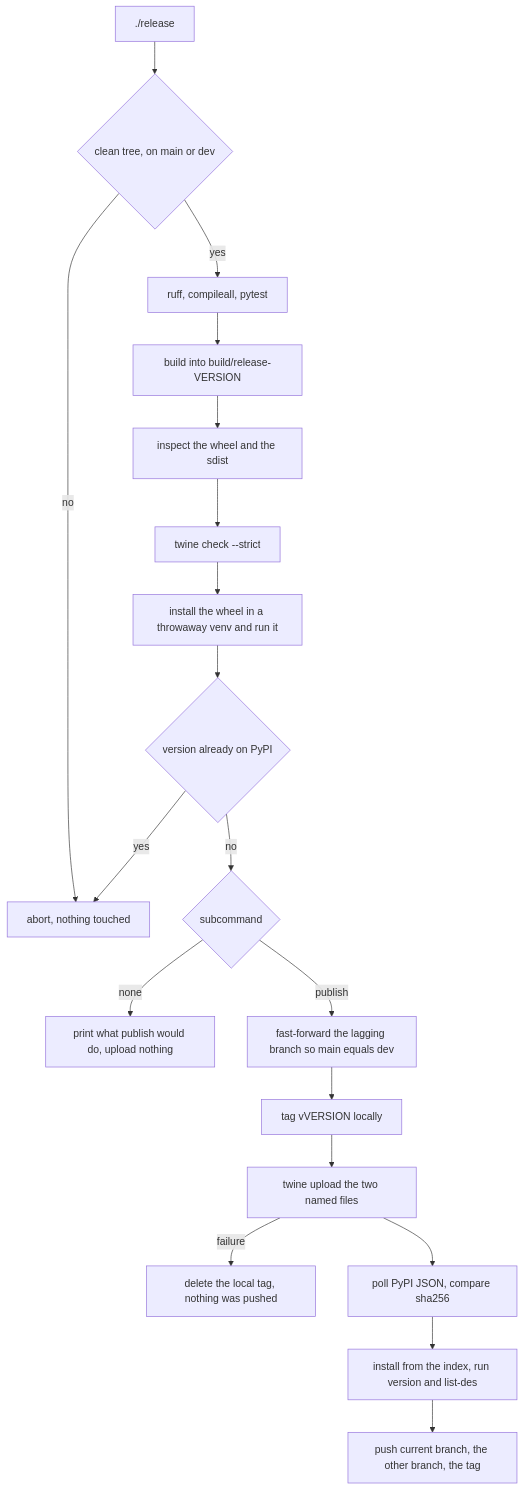
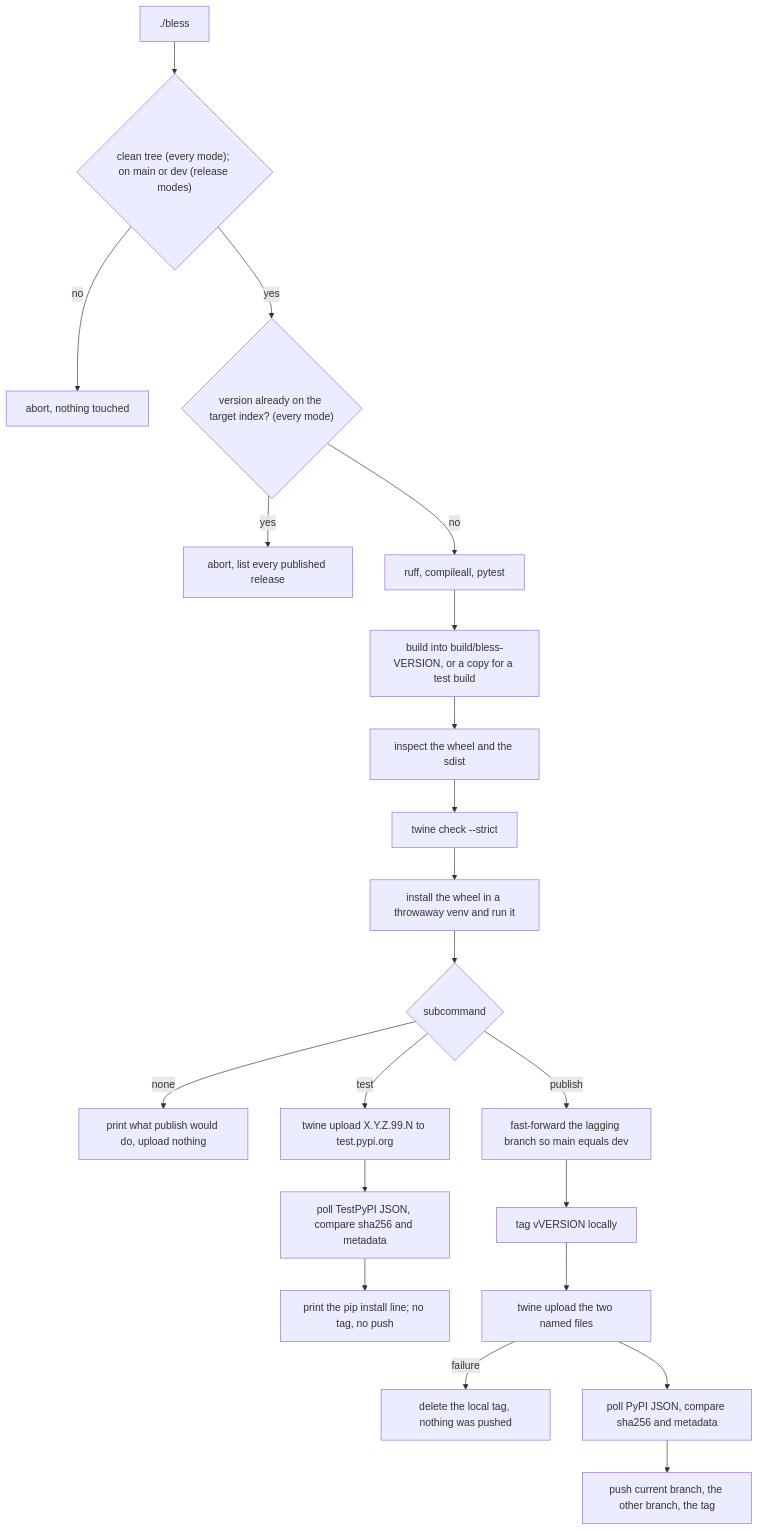
The diagram in plans/pypi-release-plan.md (joedefen/pwr-tray), drawn with Mermaid before and after one commit. The commit also changed other lines of this file and 9 other files, not shown here.

Commit message:
added "bless" for finalizing a release

````diff
--- a/plans/pypi-release-plan.md
+++ b/plans/pypi-release-plan.md
@@ -66,21 +69,23 @@
 ```mermaid
 flowchart TD
-    A["./release"] --> B{"clean tree, on main or dev"}
+    A["./bless"] --> B{"clean tree (every mode); on main or dev (release modes)"}
     B -- no --> X["abort, nothing touched"]
-    B -- yes --> C["ruff, compileall, pytest"]
-    C --> D["build into build/release-VERSION"]
+    B -- yes --> H{"version already on the target index? (every mode)"}
+    H -- yes --> X2["abort, list every published release"]
+    H -- no --> C["ruff, compileall, pytest"]
+    C --> D["build into build/bless-VERSION, or a copy for a test build"]
     D --> E["inspect the wheel and the sdist"]
     E --> F["twine check --strict"]
     F --> G["install the wheel in a throwaway venv and run it"]
-    G --> H{"version already on PyPI"}
-    H -- yes --> X
-    H -- no --> I{"subcommand"}
+    G --> I{"subcommand"}
     I -- "none" --> Y["print what publish would do, upload nothing"]
+    I -- "test" --> T1["twine upload X.Y.Z.99.N to test.pypi.org"]
+    T1 --> T2["poll TestPyPI JSON, compare sha256 and metadata"]
+    T2 --> T3["print the pip install line; no tag, no push"]
     I -- "publish" --> J["fast-forward the lagging branch so main equals dev"]
     J --> K["tag vVERSION locally"]
     K --> L["twine upload the two named files"]
     L -- failure --> P["delete the local tag, nothing was pushed"]
-    L --> M["poll PyPI JSON, compare sha256"]
-    M --> N["install from the index, run version and list-des"]
-    N --> O["push current branch, the other branch, the tag"]
+    L --> M["poll PyPI JSON, compare sha256 and metadata"]
+    M --> O["push current branch, the other branch, the tag"]
 ```
````
